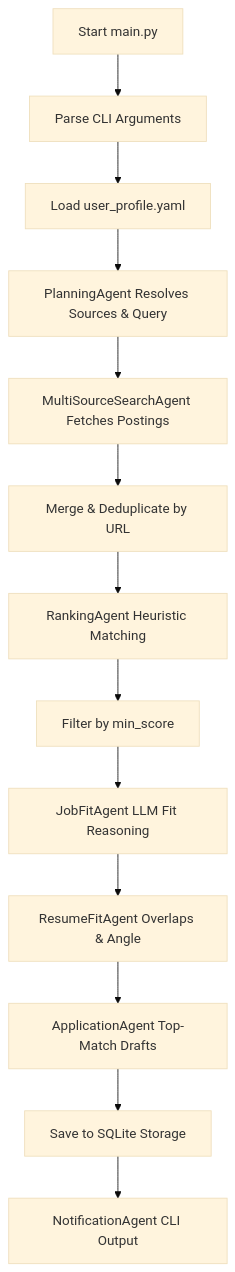
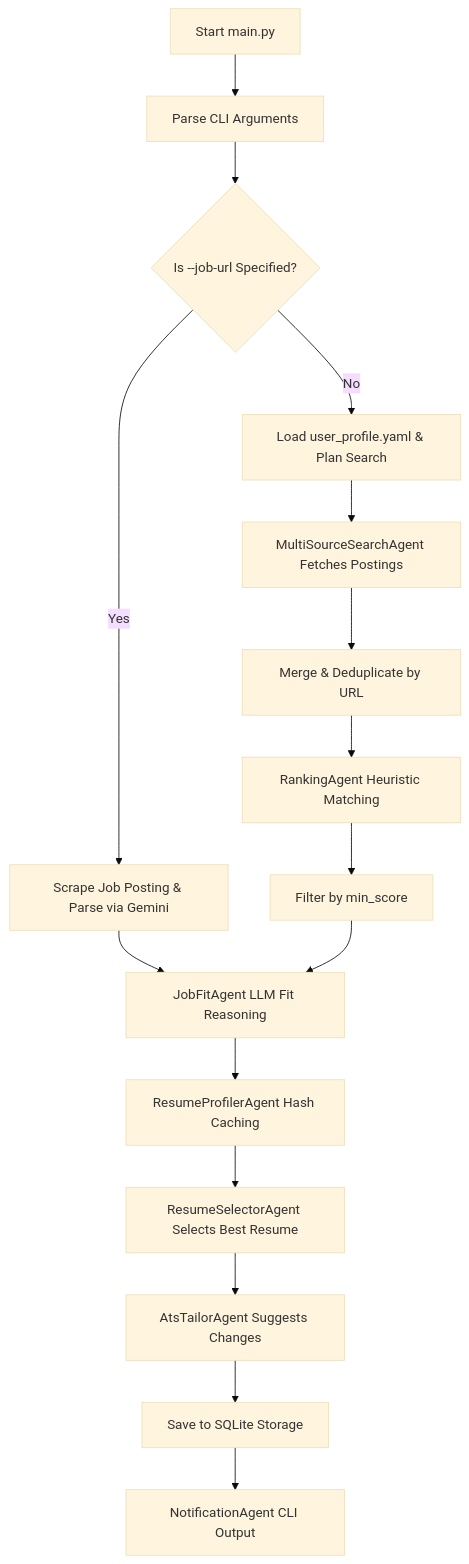
The diagram in README.md (amfooladgar/ai-job-assistant), drawn with Mermaid (base theme) before and after one commit. The commit also changed other lines of this file and 6 other files, not shown here.

Commit message:
refactor: transition to multi-agent architecture with resume selection and ATS tailoring capabilities

````diff
--- a/README.md
+++ b/README.md
@@ -42,15 +43,18 @@
 ```mermaid
 graph TD
     A[Start main.py] --> B[Parse CLI Arguments]
-    B --> C[Load user_profile.yaml]
-    C --> D[PlanningAgent Resolves Sources & Query]
-    D --> E[MultiSourceSearchAgent Fetches Postings]
-    E --> F[Merge & Deduplicate by URL]
-    F --> G[RankingAgent Heuristic Matching]
-    G --> H[Filter by min_score]
-    H --> I[JobFitAgent LLM Fit Reasoning]
-    I --> J[ResumeFitAgent Overlaps & Angle]
-    J --> K[ApplicationAgent Top-Match Drafts]
-    K --> L[Save to SQLite Storage]
-    L --> M[NotificationAgent CLI Output]
+    B --> C{Is --job-url Specified?}
+    C -->|Yes| D[Scrape Job Posting & Parse via Gemini]
+    C -->|No| E[Load user_profile.yaml & Plan Search]
+    E --> F[MultiSourceSearchAgent Fetches Postings]
+    F --> G[Merge & Deduplicate by URL]
+    G --> H[RankingAgent Heuristic Matching]
+    H --> I[Filter by min_score]
+    D --> J[JobFitAgent LLM Fit Reasoning]
+    I --> J
+    J --> K[ResumeProfilerAgent Hash Caching]
+    K --> L[ResumeSelectorAgent Selects Best Resume]
+    L --> M[AtsTailorAgent Suggests Changes]
+    M --> N[Save to SQLite Storage]
+    N --> O[NotificationAgent CLI Output]
 ```
````
